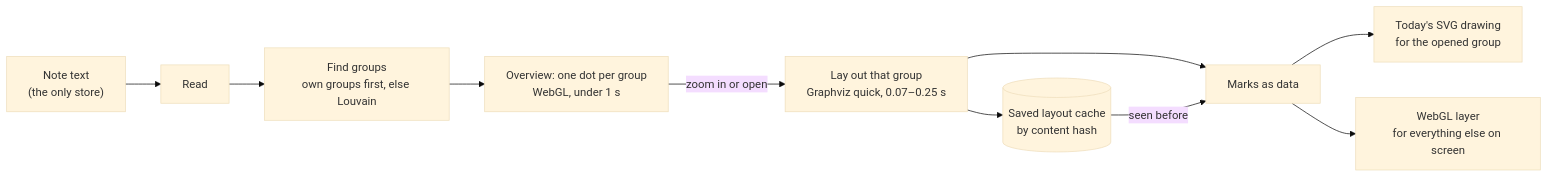
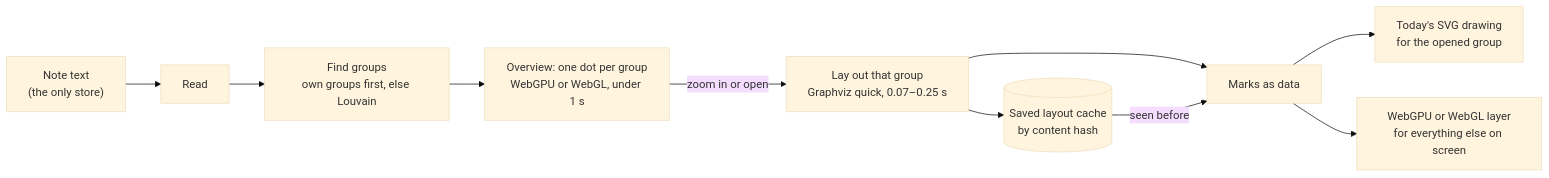
Before and after one commit to rogerbucks/graph-note: the diagram in wiki/Massive-graphs-design.md, drawn with Mermaid (base theme). The commit also changed other lines of this file and 8 other files, not shown here.

First line of the commit message:
Add the scale benchmark, and its first numbers in the massive graphs note

````diff
--- a/wiki/Massive-graphs-design.md
+++ b/wiki/Massive-graphs-design.md
@@ -75,12 +95,12 @@
 ```mermaid
 flowchart LR
   T["Note text<br/>(the only store)"] --> R["Read"]
   R --> G["Find groups<br/>own groups first, else Louvain"]
-  G --> O["Overview: one dot per group<br/>WebGL, under 1 s"]
+  G --> O["Overview: one dot per group<br/>WebGPU or WebGL, under 1 s"]
   O -->|zoom in or open| L["Lay out that group<br/>Graphviz quick, 0.07–0.25 s"]
   L --> M["Marks as data"]
   M --> S["Today's SVG drawing<br/>for the opened group"]
-  M --> W["WebGL layer<br/>for everything else on screen"]
+  M --> W["WebGPU or WebGL layer<br/>for everything else on screen"]
   L --> C[("Saved layout cache<br/>by content hash")]
   C -->|seen before| M
 ```
````
